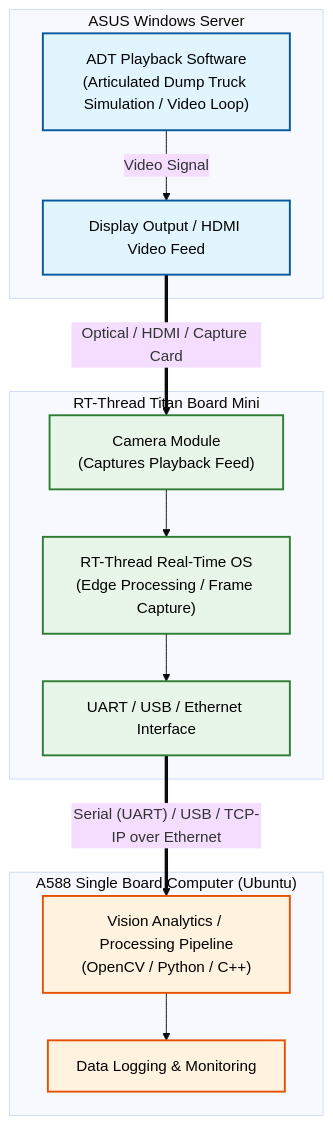
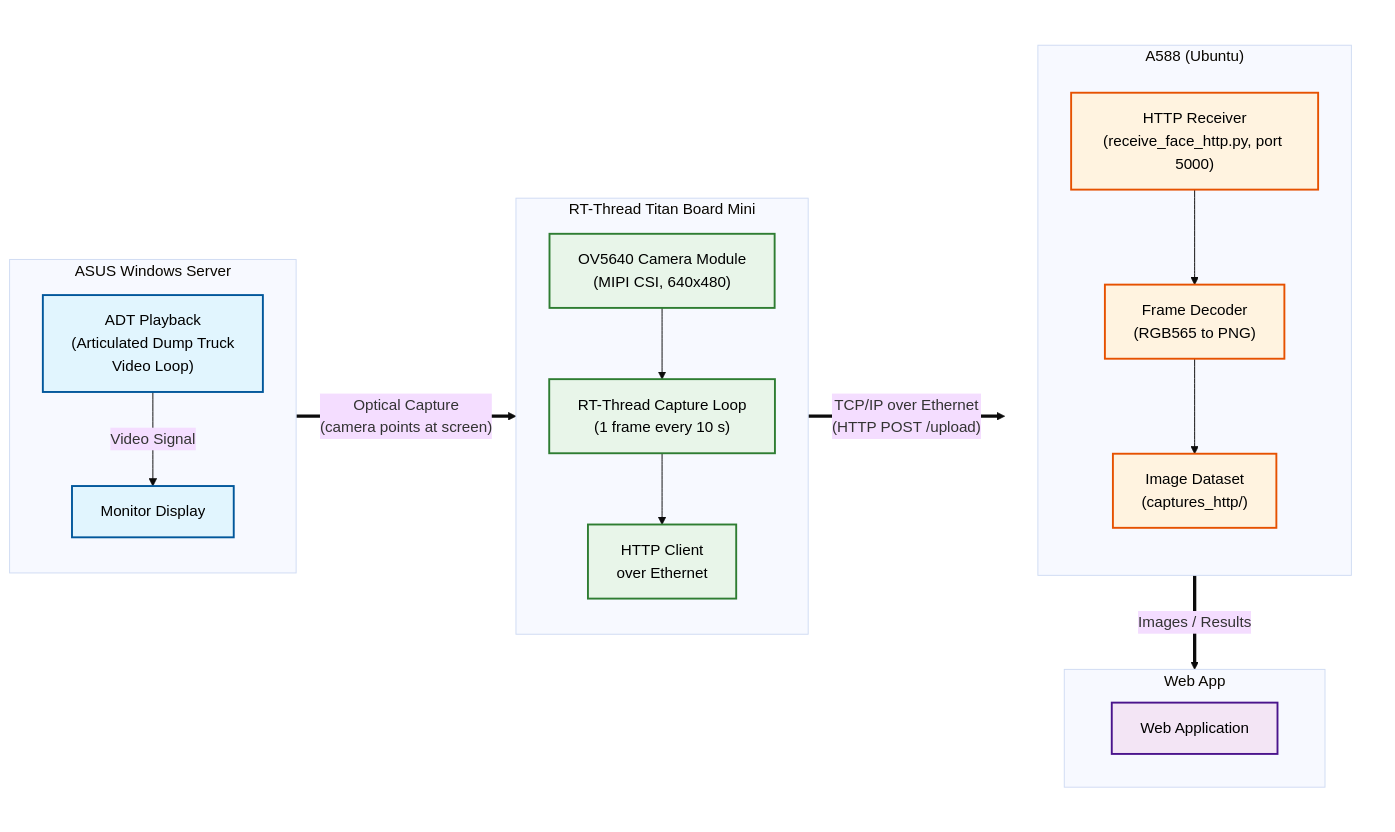
Before and after one commit to Lingkail-Sdn-Bhd/titan_app: the diagram in README.md, drawn with Mermaid (base theme).

Commit message:
Update system architecture diagram in README

````diff
--- a/README.md
+++ b/README.md
@@ -16,38 +16,52 @@
 ```mermaid
-graph TD
+flowchart LR
     %% Styling
     classDef windows fill:#e1f5fe,stroke:#01579b,stroke-width:2px,color:#000;
     classDef titan fill:#e8f5e9,stroke:#2e7d32,stroke-width:2px,color:#000;
     classDef ubuntu fill:#fff3e0,stroke:#e65100,stroke-width:2px,color:#000;
-    classDef protocol fill:#f3e5f5,stroke:#4a148c,stroke-dasharray: 5 5,color:#000;
+    classDef web fill:#f3e5f5,stroke:#4a148c,stroke-width:2px,color:#000;
 
     subgraph ASUS_Server ["ASUS Windows Server"]
-        ADT_Playback["ADT Playback Software\n(Articulated Dump Truck Simulation / Video Loop)"]
-        Display_Out["Display Output / HDMI Video Feed"]:::windows
+        direction TB
+        ADT_Playback["ADT Playback<br/>(Articulated Dump Truck<br/>Video Loop)"]
+        Monitor["Monitor Display"]
+        ADT_Playback -->|"Video Signal"| Monitor
     end
 
     subgraph Titan_Board ["RT-Thread Titan Board Mini"]
-        Camera_Mod["Camera Module\n(Captures Playback Feed)"]
-        MCU_Core["RT-Thread Real-Time OS\n(Edge Processing / Frame Capture)"]
-        Titan_IO["UART / USB / Ethernet Interface"]
+        direction TB
+        Camera_Mod["OV5640 Camera Module<br/>(MIPI CSI, 640x480)"]
+        Capture_Loop["RT-Thread Capture Loop<br/>(1 frame every 10 s)"]
+        Titan_ETH["HTTP Client<br/>over Ethernet"]
+        Camera_Mod --> Capture_Loop --> Titan_ETH
     end
 
-    subgraph Ubuntu_Host ["A588 Single Board Computer (Ubuntu)"]
-        App_Core["Vision Analytics / Processing Pipeline\n(OpenCV / Python / C++)"]
-        Storage_Logs["Data Logging & Monitoring"]
+    subgraph Right_Column [" "]
+        direction TB
+
+        subgraph Ubuntu_Host ["A588 (Ubuntu)"]
+            direction TB
+            Receiver["HTTP Receiver<br/>(receive_face_http.py, port 5000)"]
+            Converter["Frame Decoder<br/>(RGB565 to PNG)"]
+            Storage["Image Dataset<br/>(captures_http/)"]
+            Receiver --> Converter --> Storage
+        end
+
+        subgraph Web_Layer ["Web App"]
+            WebApp["Web Application"]
+        end
+
+        Ubuntu_Host ==>|"Images / Results"| Web_Layer
     end
 
-    %% Connections
-    ADT_Playback -->|"Video Signal"| Display_Out
-    Display_Out ==>|"Optical / HDMI / Capture Card"| Camera_Mod
-    Camera_Mod --> MCU_Core
-    MCU_Core --> Titan_IO
-    
-    Titan_IO ==>|"Serial (UART) / USB / TCP-IP over Ethernet"| App_Core
-    App_Core --> Storage_Logs
+    ASUS_Server ==>|"Optical Capture<br/>(camera points at screen)"| Titan_Board
+    Titan_Board ==>|"TCP/IP over Ethernet<br/>(HTTP POST /upload)"| Right_Column
 
     %% Apply Styles
-    class ADT_Playback,Display_Out windows;
-    class Camera_Mod,MCU_Core,Titan_IO titan;
-    class App_Core,Storage_Logs ubuntu;
+    class ADT_Playback,Monitor windows;
+    class Camera_Mod,Capture_Loop,Titan_ETH titan;
+    class Receiver,Converter,Storage ubuntu;
+    class WebApp web;
+    style Right_Column fill:none,stroke:none
+
 ```
````
